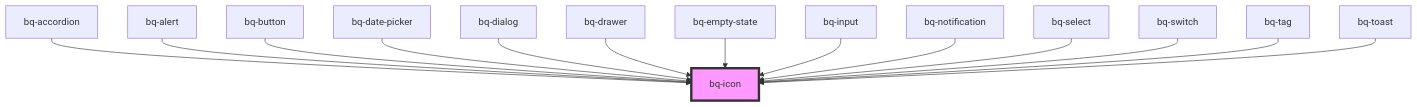
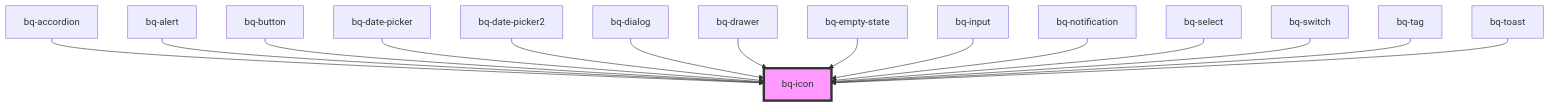
Before and after one commit to Endava/BEEQ: the diagram in packages/beeq/src/components/icon/readme.md, drawn with Mermaid. The commit also changed other lines of this file and 22 other files, not shown here.

First line of the commit message:
feat(DatePicker2): add new date picker component with selection logic

````diff
--- a/packages/beeq/src/components/icon/readme.md
+++ b/packages/beeq/src/components/icon/readme.md
@@ -57,17 +58,18 @@
 ```mermaid
 graph TD;
   bq-accordion --> bq-icon
   bq-alert --> bq-icon
   bq-button --> bq-icon
   bq-date-picker --> bq-icon
+  bq-date-picker2 --> bq-icon
   bq-dialog --> bq-icon
   bq-drawer --> bq-icon
   bq-empty-state --> bq-icon
   bq-input --> bq-icon
   bq-notification --> bq-icon
   bq-select --> bq-icon
   bq-switch --> bq-icon
   bq-tag --> bq-icon
   bq-toast --> bq-icon
   style bq-icon fill:#f9f,stroke:#333,stroke-width:4px
 ```
````
